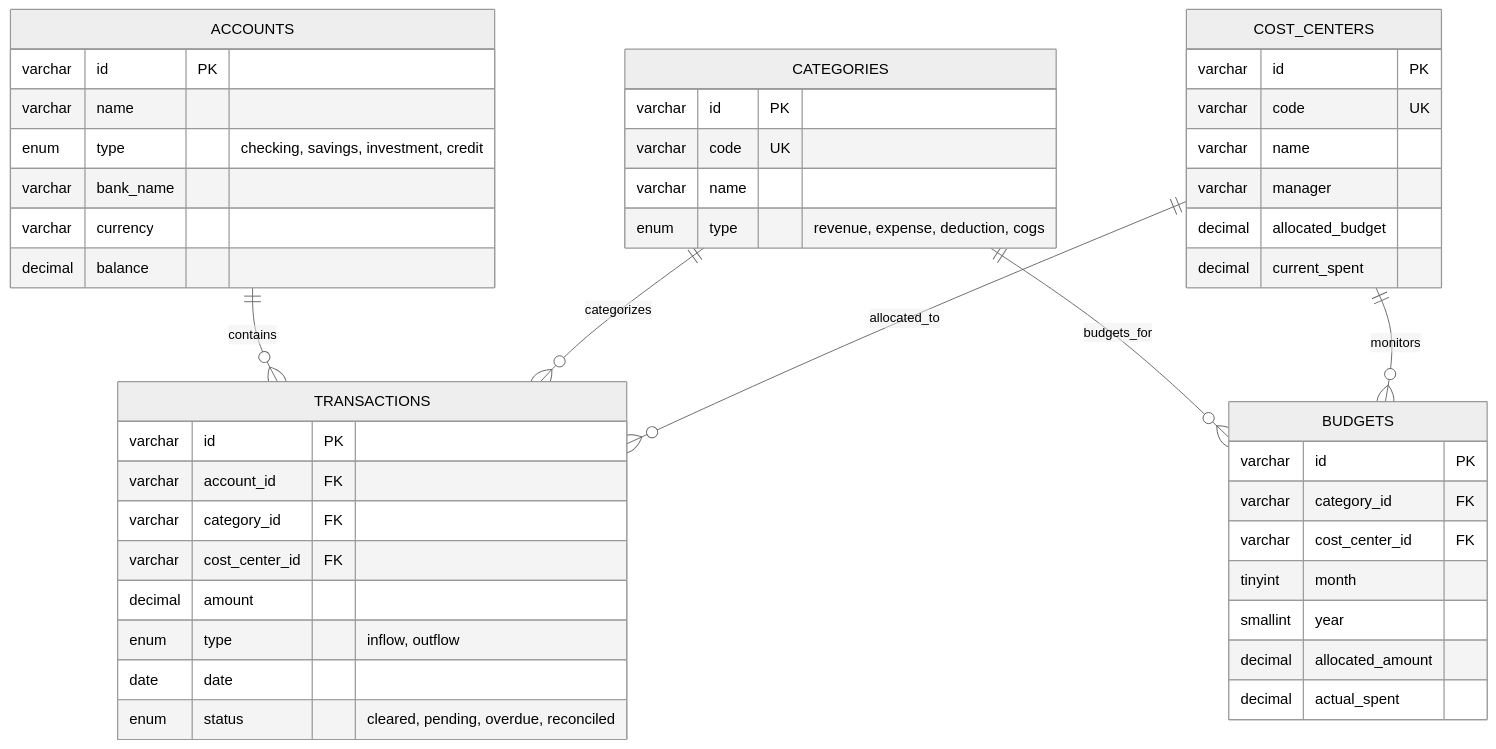
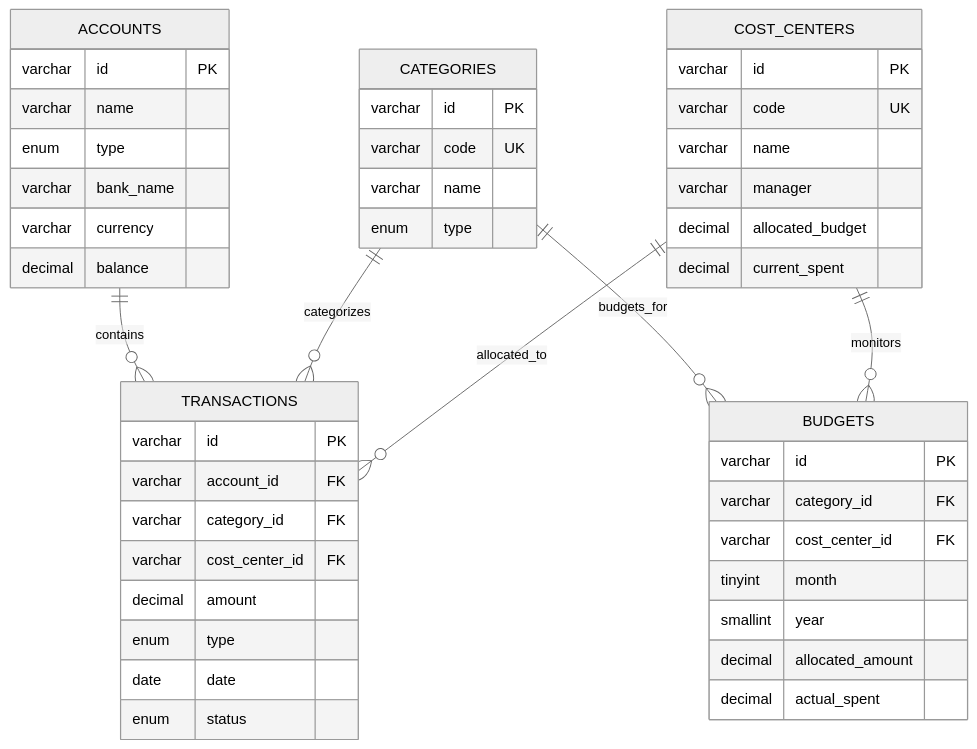
The diagram in README.md (alxnrocha/financial-dashboard), drawn with Mermaid (neutral theme) before and after one commit. The commit also changed other lines of this file, not shown here.

````diff
--- a/README.md
+++ b/README.md
@@ -33,50 +40,50 @@
 ```mermaid
 erDiagram
     ACCOUNTS ||--o{ TRANSACTIONS : contains
     CATEGORIES ||--o{ TRANSACTIONS : categorizes
     COST_CENTERS ||--o{ TRANSACTIONS : allocated_to
     CATEGORIES ||--o{ BUDGETS : budgets_for
     COST_CENTERS ||--o{ BUDGETS : monitors
 
     ACCOUNTS {
         varchar id PK
         varchar name
-        enum type "checking, savings, investment, credit"
+        enum type
         varchar bank_name
         varchar currency
         decimal balance
     }
     COST_CENTERS {
         varchar id PK
         varchar code UK
         varchar name
         varchar manager
         decimal allocated_budget
         decimal current_spent
     }
     CATEGORIES {
         varchar id PK
         varchar code UK
         varchar name
-        enum type "revenue, expense, deduction, cogs"
+        enum type
     }
     TRANSACTIONS {
         varchar id PK
         varchar account_id FK
         varchar category_id FK
         varchar cost_center_id FK
         decimal amount
-        enum type "inflow, outflow"
+        enum type
         date date
-        enum status "cleared, pending, overdue, reconciled"
+        enum status
     }
     BUDGETS {
         varchar id PK
         varchar category_id FK
         varchar cost_center_id FK
         tinyint month
         smallint year
         decimal allocated_amount
         decimal actual_spent
     }
 ```
````
